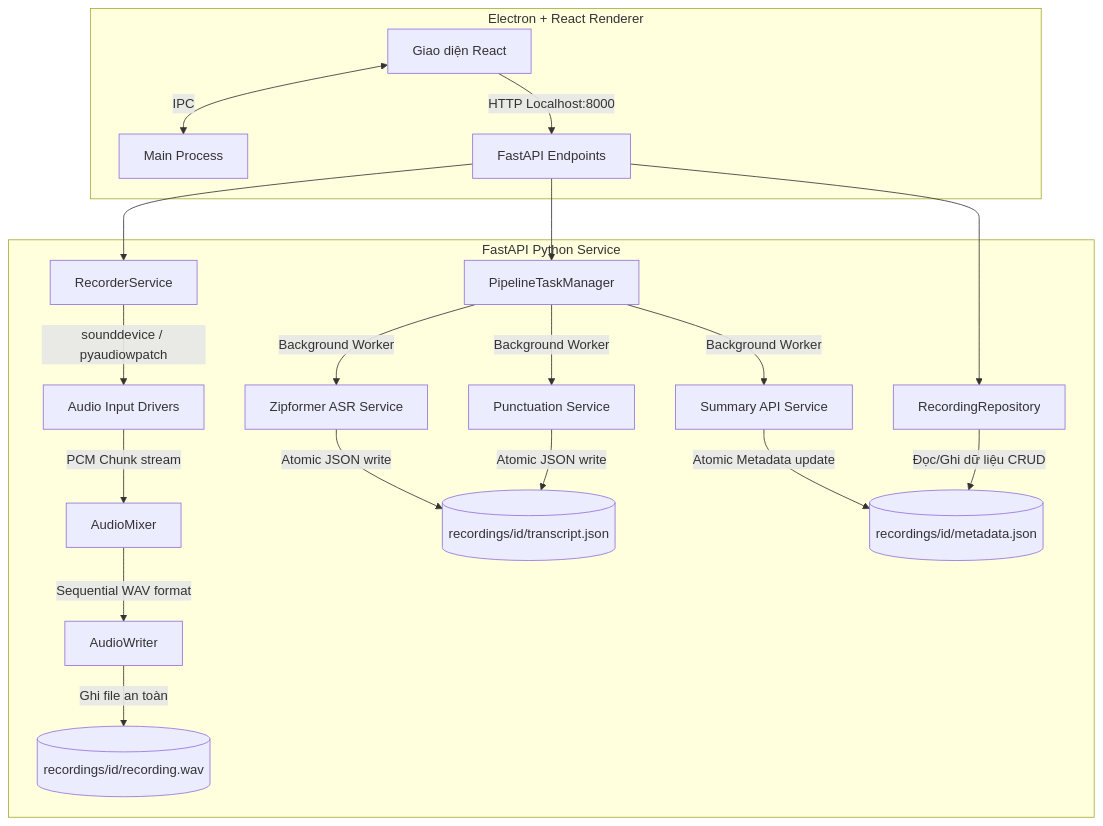
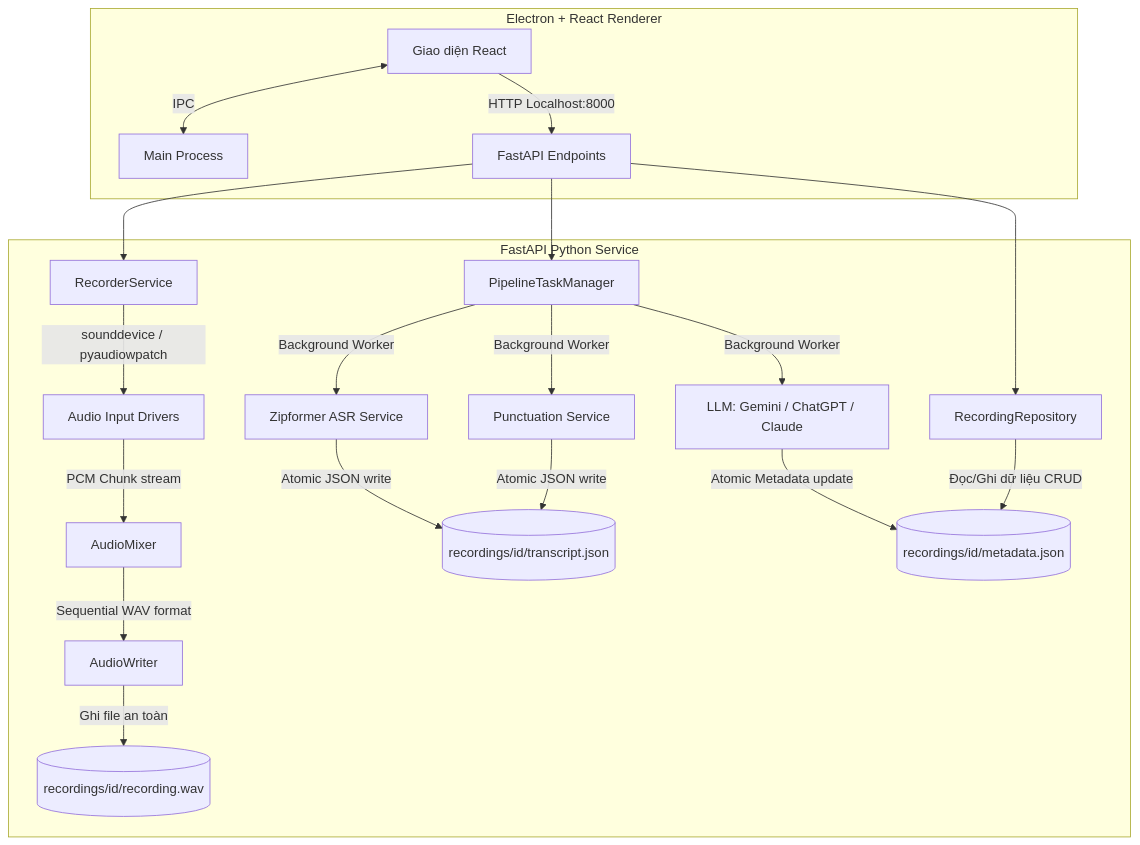
One commit to HuyTCoder/AIRecorder changed the first of 2 diagrams in docs/architecture.md. Above: the diagram before and after it, drawn with Mermaid. The commit also changed other lines of this file and 8 other files, not shown here.

````diff
--- a/docs/architecture.md
+++ b/docs/architecture.md
@@ -11,26 +11,26 @@
 ```mermaid
 flowchart TD
     subgraph Frontend [Electron + React Renderer]
         UI[Giao diện React] <-->|IPC| Electron[Main Process]
         UI -->|HTTP Localhost:8000| API[FastAPI Endpoints]
     end
 
     subgraph Backend [FastAPI Python Service]
         API --> Recorder[RecorderService]
         API --> Repo[RecordingRepository]
         API --> Pipeline[PipelineTaskManager]
 
         Recorder -->|sounddevice / pyaudiowpatch| Audio[Audio Input Drivers]
         Audio -->|PCM Chunk stream| Mixer[AudioMixer]
         Mixer -->|Sequential WAV format| Writer[AudioWriter]
         Writer -->|Ghi file an toàn| DiskWAV[(recordings/id/recording.wav)]
 
         Pipeline -->|Background Worker| ASR[Zipformer ASR Service]
         Pipeline -->|Background Worker| Punct[Punctuation Service]
-        Pipeline -->|Background Worker| Gemini[Summary API Service]
+        Pipeline -->|Background Worker| LLM[Summary API Service]
 
         ASR & Punct -->|Atomic JSON write| DiskJSON[(recordings/id/transcript.json)]
-        Gemini -->|Atomic Metadata update| DiskMeta[(recordings/id/metadata.json)]
+        LLM[LLM: Gemini / ChatGPT / Claude] -->|Atomic Metadata update| DiskMeta[(recordings/id/metadata.json)]
         Repo -->|Đọc/Ghi dữ liệu CRUD| DiskMeta
     end
 ```
````
